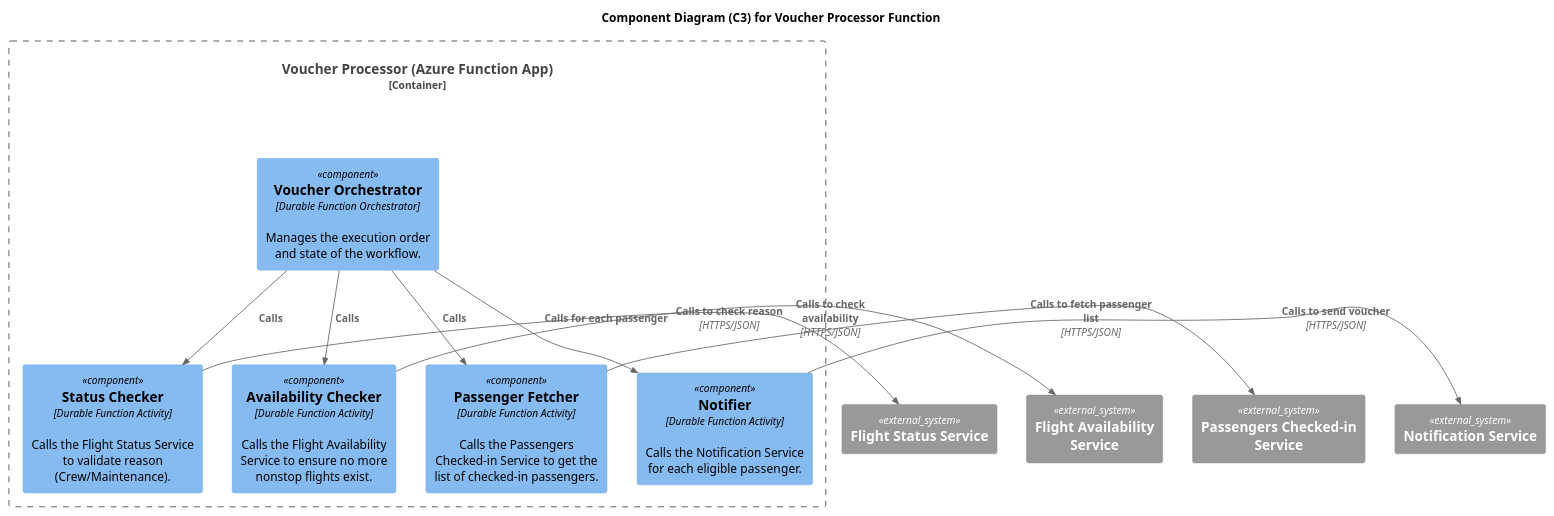
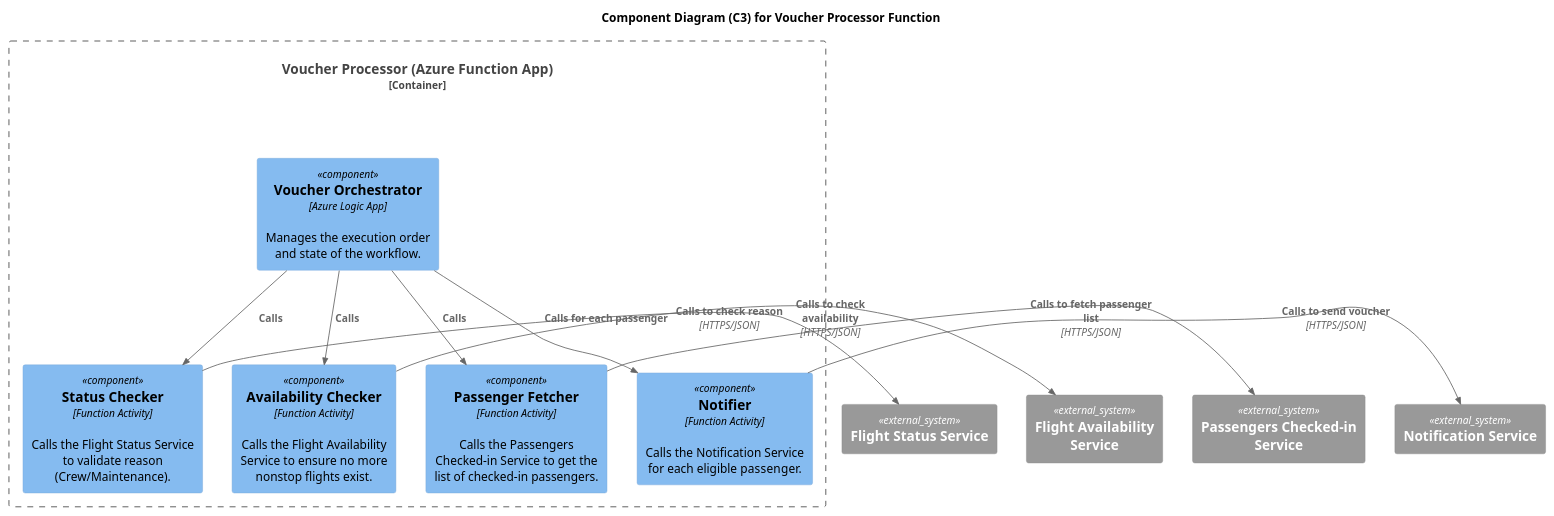
One commit to reachnaveen/aa-gm-sa-interview changed the diagram in Exercise3/diagrams/3-component.puml. Above: the diagram before and after it, drawn with PlantUML. The commit also changed 4 other files, not shown here.

```diff
--- a/Exercise3/diagrams/3-component.puml
+++ b/Exercise3/diagrams/3-component.puml
@@ -1,32 +1,31 @@
 @startuml
 !include https://raw.githubusercontent.com/plantuml-stdlib/C4-PlantUML/master/C4_Component.puml
 
 title Component Diagram (C3) for Voucher Processor Function
 
 Container_Boundary(voucher_function, "Voucher Processor (Azure Function App)") {
     
-    Component(orchestrator, "Voucher Orchestrator", "Durable Function Orchestrator", "Manages the execution order and state of the workflow.")
-
-    Component(status_checker, "Status Checker", "Durable Function Activity", "Calls the Flight Status Service to validate reason (Crew/Maintenance).")
-    Component(availability_checker, "Availability Checker", "Durable Function Activity", "Calls the Flight Availability Service to ensure no more nonstop flights exist.")
-    Component(passenger_fetcher, "Passenger Fetcher", "Durable Function Activity", "Calls the Passengers Checked-in Service to get the list of checked-in passengers.")
-    Component(notifier, "Notifier", "Durable Function Activity", "Calls the Notification Service for each eligible passenger.")
+    Component(orchestrator, "Voucher Orchestrator", "Azure Logic App", "Manages the execution order and state of the workflow.")
+    Component(status_checker, "Status Checker", "Function Activity", "Calls the Flight Status Service to validate reason (Crew/Maintenance).")
+    Component(availability_checker, "Availability Checker", "Function Activity", "Calls the Flight Availability Service to ensure no more nonstop flights exist.")
+    Component(passenger_fetcher, "Passenger Fetcher", "Function Activity", "Calls the Passengers Checked-in Service to get the list of checked-in passengers.")
+    Component(notifier, "Notifier", "Function Activity", "Calls the Notification Service for each eligible passenger.")
 
     Rel(orchestrator, status_checker, "Calls")
     Rel(orchestrator, availability_checker, "Calls")
     Rel(orchestrator, passenger_fetcher, "Calls")
     Rel(orchestrator, notifier, "Calls for each passenger")
 }
 
 ' External Dependencies of the Components
 System_Ext(status_api, "Flight Status Service")
 System_Ext(availability_api, "Flight Availability Service")
 System_Ext(checked_in_api, "Passengers Checked-in Service")
 System_Ext(notification_api, "Notification Service")
 
 Rel_R(status_checker, status_api, "Calls to check reason", "HTTPS/JSON")
 Rel_R(availability_checker, availability_api, "Calls to check availability", "HTTPS/JSON")
 Rel_R(passenger_fetcher, checked_in_api, "Calls to fetch passenger list", "HTTPS/JSON")
 Rel_R(notifier, notification_api, "Calls to send voucher", "HTTPS/JSON")
 
 @enduml
```
